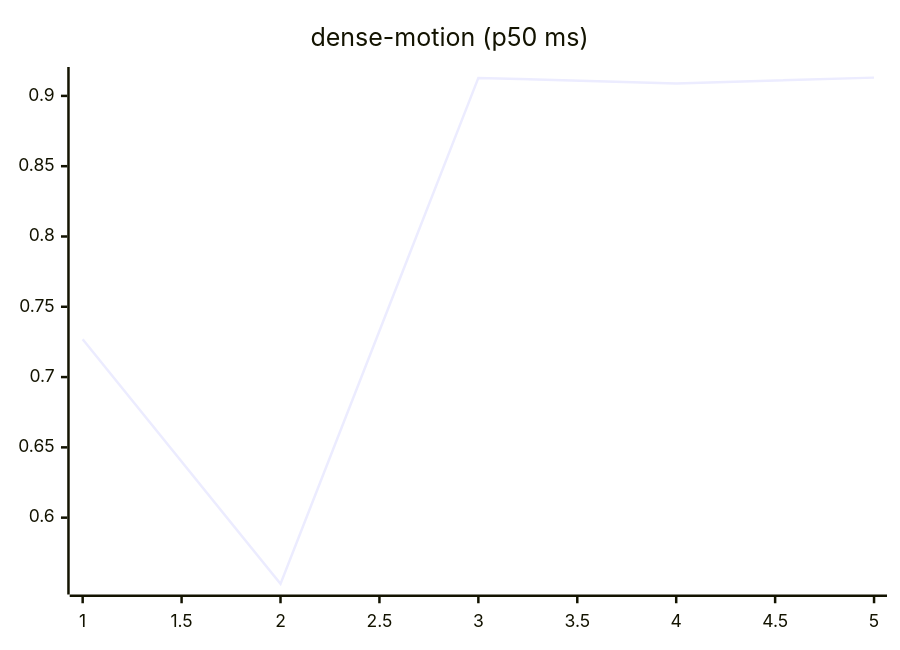
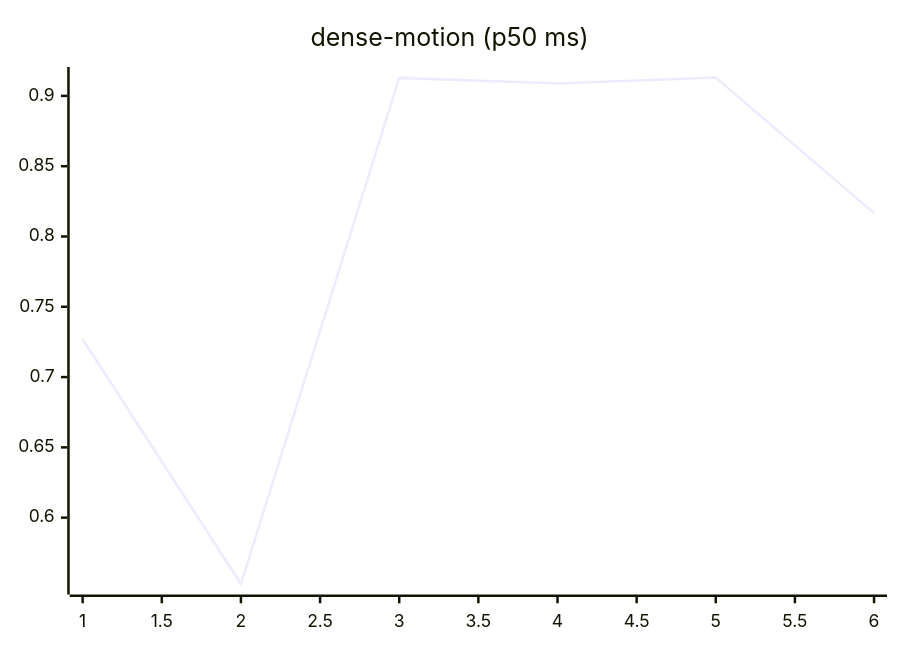
The ninth of 27 diagrams in README.md (josha/Facet), drawn with Mermaid before and after one commit. The commit also changed other lines of this file and 2 other files, not shown here.

````diff
--- a/README.md
+++ b/README.md
@@ -119,6 +119,6 @@
 ```mermaid
 xychart-beta
     title "dense-motion (p50 ms)"
-    x-axis 1 --> 5
-    line [0.7269, 0.5529, 0.9128, 0.9089, 0.9130]
+    x-axis 1 --> 6
+    line [0.7269, 0.5529, 0.9128, 0.9089, 0.9130, 0.8166]
 ```
````
